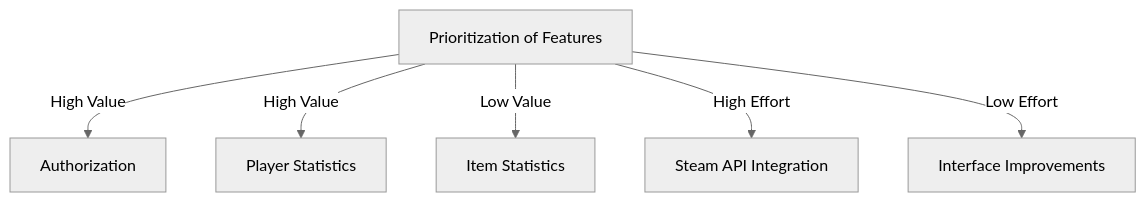
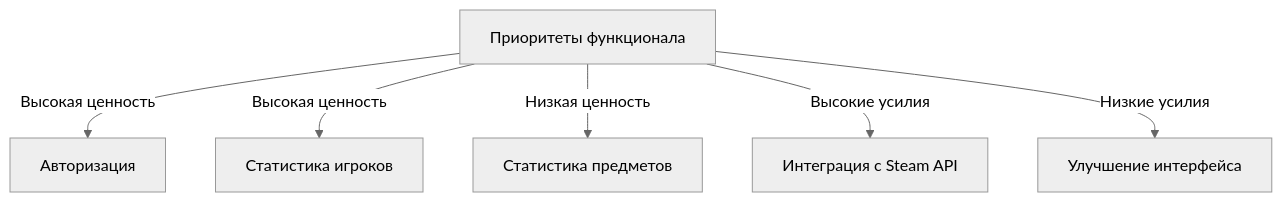
The third of 4 diagrams in README.md (yofujitsu/pkss12-markdown), drawn with Mermaid (neutral theme) before and after one commit.

````diff
--- a/README.md
+++ b/README.md
@@ -47,8 +47,8 @@
 ```mermaid
 graph TD
-    A[Prioritization of Features] -->|High Value| B[Authorization]
-    A -->|High Value| C[Player Statistics]
-    A -->|Low Value| D[Item Statistics]
-    A -->|High Effort| E[Steam API Integration]
-    A -->|Low Effort| F[Interface Improvements]
+    A[Приоритеты функционала] -->|Высокая ценность| B[Авторизация]
+    A -->|Высокая ценность| C[Статистика игроков]
+    A -->|Низкая ценность| D[Статистика предметов]
+    A -->|Высокие усилия| E[Интеграция с Steam API]
+    A -->|Низкие усилия| F[Улучшение интерфейса]
 ```
````
